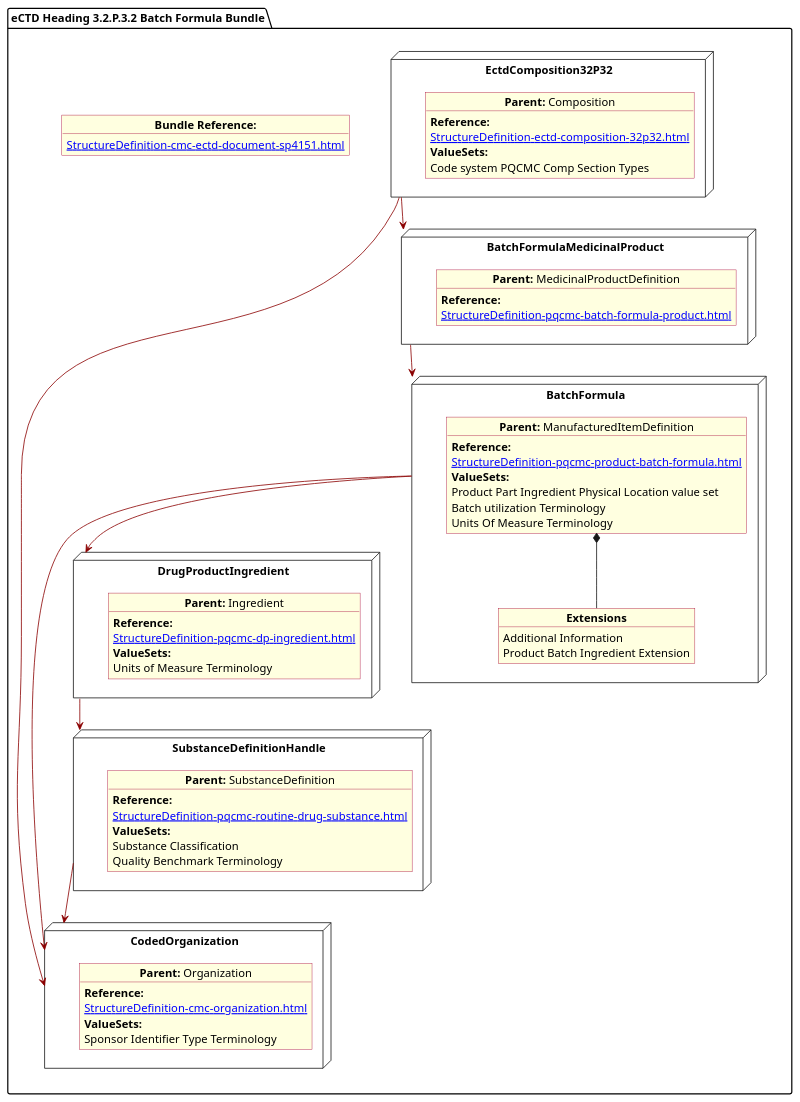
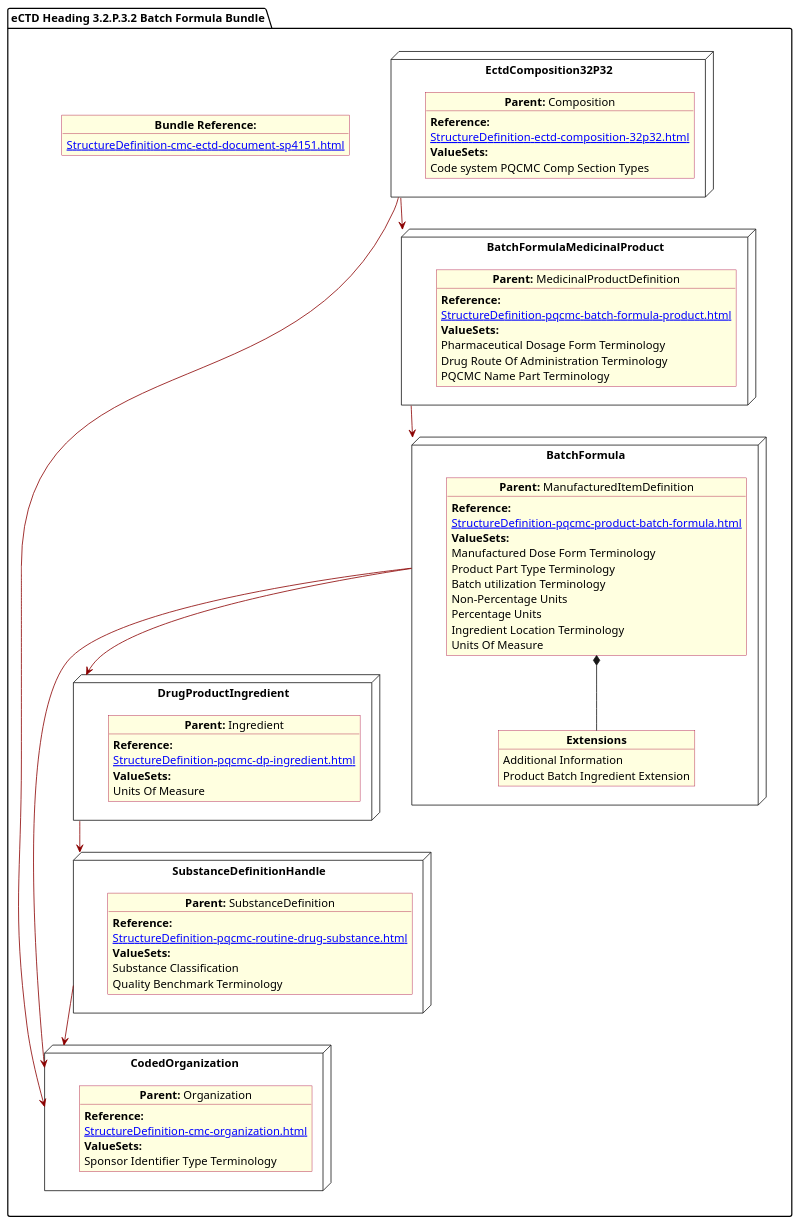
One commit to HL7/FHIR-us-pq-cmc-fda changed the diagram in input/images-source/BatchForm.plantuml. Above: the diagram before and after it, drawn with PlantUML. The commit also changed 17 other files, not shown here.

```diff
--- a/input/images-source/BatchForm.plantuml
+++ b/input/images-source/BatchForm.plantuml
@@ -1,89 +1,96 @@
 @startuml BatchForm
 allowmixing
 'Mixed model of use case and object
 skinparam svgDimensionStyle false
 skinparam ObjectBackgroundColor LightYellow
 skinparam ObjectBorderColor #A80036
 skinparam activityDiamondBorderColor #A80036
 skinparam activityDiamondBackgroundColor lawnGreen
 skinparam ClassBorderThickness 4
 
 package "eCTD Heading 3.2.P.3.2 Batch Formula Bundle" as NODES {
 
    object "**Bundle Reference:**" as objbun {
               [[StructureDefinition-cmc-ectd-document-sp4151.html]]
     }  
 
- 
+  node "EctdComposition32P32" as N1 { 
+      object "**Parent:** Composition" as obj1 {
+                   **Reference:**
+      [[StructureDefinition-ectd-composition-32p32.html]]
+      **ValueSets:**
+  Code system PQCMC Comp Section Types
+    }
+     
+}
 node "CodedOrganization" as NSO { 
       object "**Parent:** Organization" as objAu {
         **Reference:**
       [[StructureDefinition-cmc-organization.html]]
         **ValueSets:**
         Sponsor Identifier Type Terminology 
     }
 }
 
 node "DrugProductIngredient" as NNgred { 
       object "**Parent:** Ingredient" as obj10 {
              **Reference:**
       [[StructureDefinition-pqcmc-dp-ingredient.html]]
         **ValueSets:**
-        Units of Measure Terminology    
+        Units Of Measure    
       }      
 
 }
- node "EctdComposition32P32" as N1 { 
-      object "**Parent:** Composition" as obj1 {
-                   **Reference:**
-      [[StructureDefinition-ectd-composition-32p32.html]]
-      **ValueSets:**
-  Code system PQCMC Comp Section Types
-    }
-     
-}
+
 
 node "SubstanceDefinitionHandle" as NNS { 
       object "**Parent:** SubstanceDefinition" as obj4 {
                    **Reference:**
       [[StructureDefinition-pqcmc-routine-drug-substance.html]]
                 **ValueSets:**
                 Substance Classification
                 Quality Benchmark Terminology
       }  
 }
 node "BatchFormulaMedicinalProduct" as NN2 { 
       object "**Parent:** MedicinalProductDefinition" as obj32 {
                    **Reference:**
       [[StructureDefinition-pqcmc-batch-formula-product.html]]
-          
+          **ValueSets:**
+           Pharmaceutical Dosage Form Terminology
+          Drug Route Of Administration Terminology
+          PQCMC Name Part Terminology
       }
 }
 
 node "BatchFormula" as NN { 
       object "**Parent:** ManufacturedItemDefinition" as obj3 {
          **Reference:**
       [[StructureDefinition-pqcmc-product-batch-formula.html]]
         **ValueSets:**
-        Product Part Ingredient Physical Location value set        
+        Manufactured Dose Form Terminology
+        Product Part Type Terminology 
         Batch utilization Terminology
-        Units Of Measure Terminology
+        Non-Percentage Units
+        Percentage Units
+        Ingredient Location Terminology
+        Units Of Measure
+
       } 
       object "**Extensions**" as objExs2 {
         Additional Information
         Product Batch Ingredient Extension
 }
 
  obj3 *-- objExs2     
 }
-
+N1 -[#darkred]--> NSO   
+N1 -[#darkred]-> NN2
+NNS -[#darkred]-> NSO
 NN -[#darkred]-> NSO
 NN -[#darkred]-> NNgred
 NN2 -[#darkred]-> NN
-N1 -[#darkred]-> NN2
-N1 -[#darkred]-> NSO        
-NNS -[#darkred]-> NSO
 NNgred -[#darkred]-> NNS
 
 }
 @enduml
```
